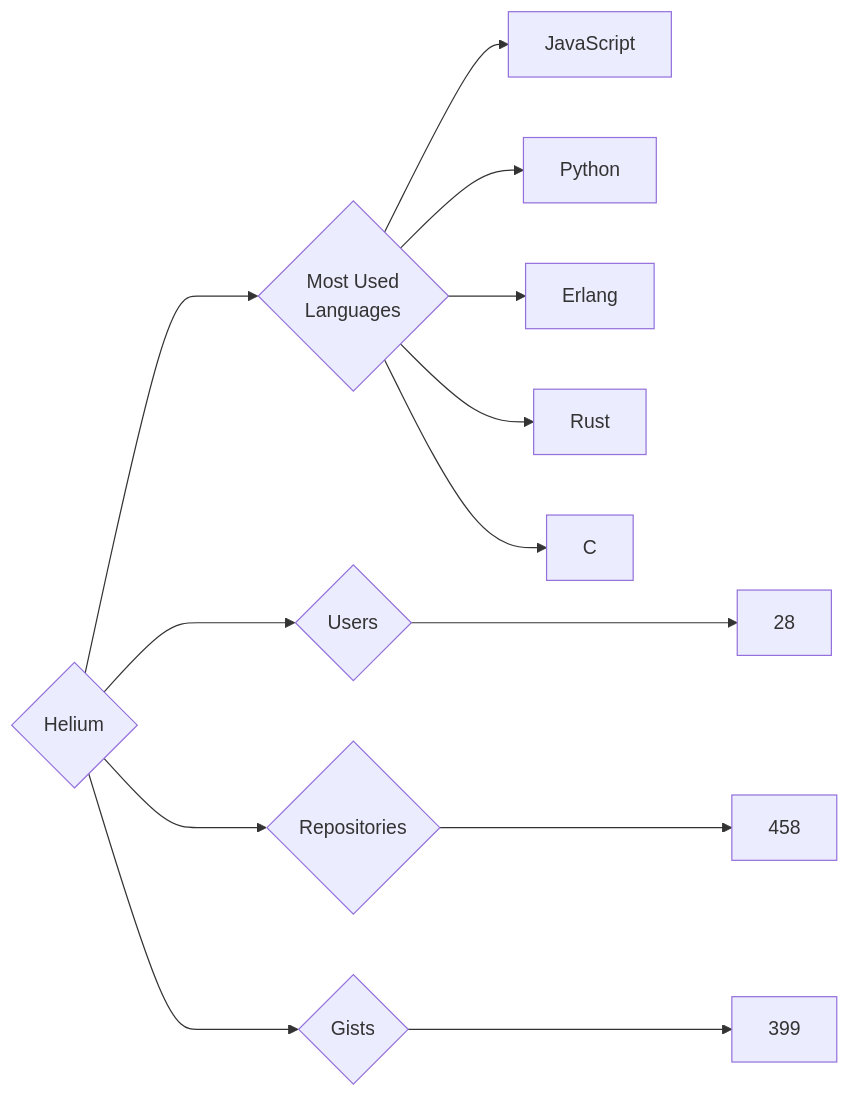
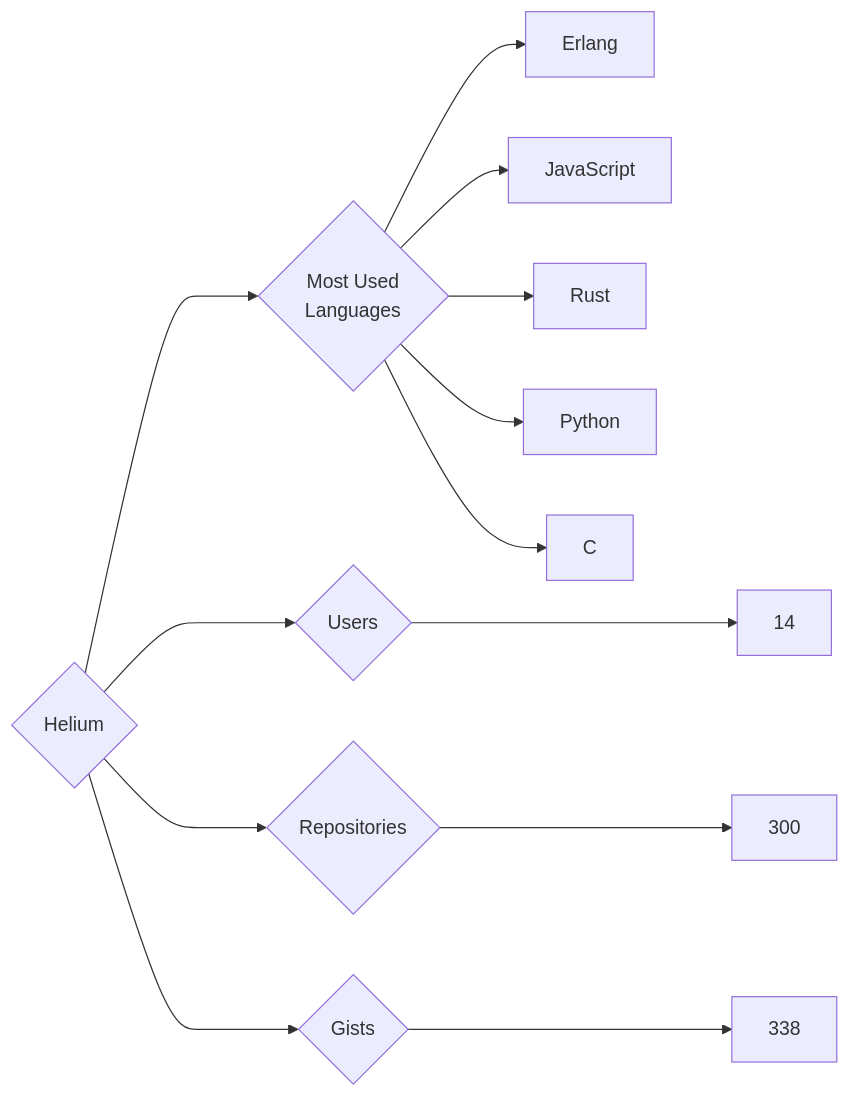
One commit to trickest/insiders changed the diagram in targets/Helium/README.md. Above: the diagram before and after it, drawn with Mermaid. The commit also changed 965 other files, not shown here.

````diff
--- a/targets/Helium/README.md
+++ b/targets/Helium/README.md
@@ -3,13 +3,13 @@
 ```mermaid
 graph LR
 COMPANY_NAME{Helium}
-COMPANY_NAME ---> U{Users} ---> UN[28]
-COMPANY_NAME ---> R{Repositories} ---> RN[458]
-COMPANY_NAME ---> G{Gists} ---> GN[399]
+COMPANY_NAME ---> U{Users} ---> UN[14]
+COMPANY_NAME ---> R{Repositories} ---> RN[300]
+COMPANY_NAME ---> G{Gists} ---> GN[338]
 COMPANY_NAME ---> ML{Most Used<br>Languages}
+ML --> Erlang[Erlang]
 ML --> JavaScript[JavaScript]
+ML --> Rust[Rust]
 ML --> Python[Python]
-ML --> Erlang[Erlang]
-ML --> Rust[Rust]
 ML --> C[C]
 ```
````
